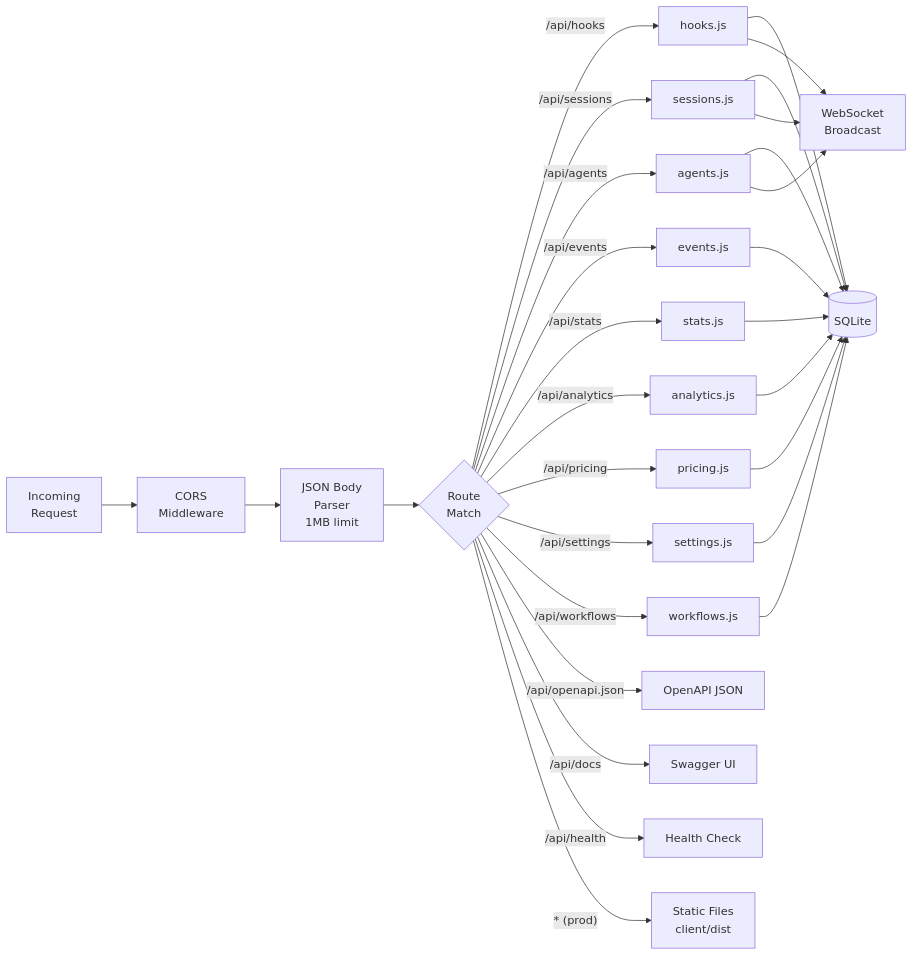
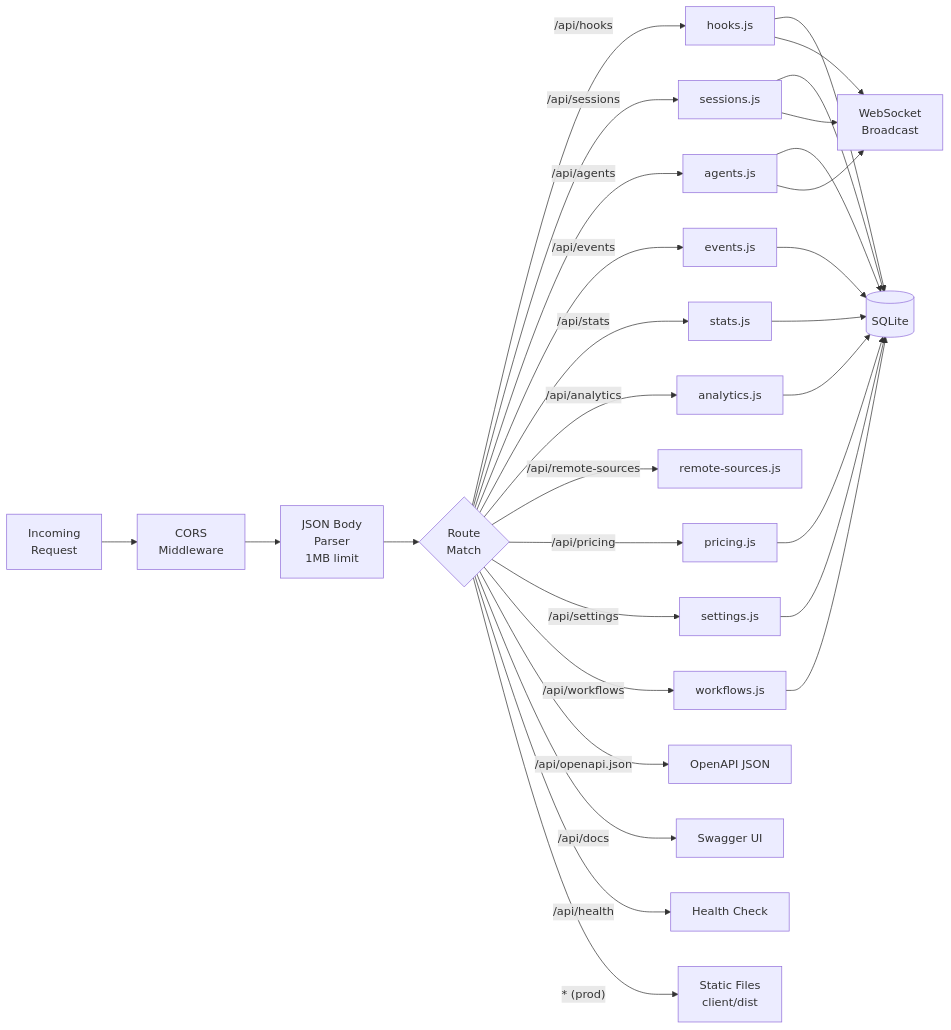
The sixth of 48 diagrams in ARCHITECTURE.md (hoangsonww/Claude-Code-Agent-Monitor), drawn with Mermaid before and after one commit. The commit also changed other lines of this file and 43 other files, not shown here.

````diff
--- a/ARCHITECTURE.md
+++ b/ARCHITECTURE.md
@@ -397,33 +401,34 @@
 ```mermaid
 flowchart LR
     REQ[Incoming<br/>Request] --> CORS[CORS<br/>Middleware]
     CORS --> JSON[JSON Body<br/>Parser<br/>1MB limit]
     JSON --> ROUTER{Route<br/>Match}
     ROUTER -->|/api/hooks| HOOKS[hooks.js]
     ROUTER -->|/api/sessions| SESSIONS[sessions.js]
     ROUTER -->|/api/agents| AGENTS[agents.js]
     ROUTER -->|/api/events| EVENTS[events.js]
     ROUTER -->|/api/stats| STATS[stats.js]
     ROUTER -->|/api/analytics| ANALYTICS[analytics.js]
+    ROUTER -->|/api/remote-sources| REMOTE[remote-sources.js]
     ROUTER -->|/api/pricing| PRICING[pricing.js]
     ROUTER -->|/api/settings| SETTINGS[settings.js]
     ROUTER -->|/api/workflows| WORKFLOWS[workflows.js]
     ROUTER -->|/api/openapi.json| OPENAPI[OpenAPI JSON]
     ROUTER -->|/api/docs| SWAGGER[Swagger UI]
     ROUTER -->|/api/health| HEALTH[Health Check]
     ROUTER -->|"* (prod)"| STATIC[Static Files<br/>client/dist]
 
     HOOKS --> DB[(SQLite)]
     SESSIONS --> DB
     AGENTS --> DB
     EVENTS --> DB
     STATS --> DB
     ANALYTICS --> DB
     PRICING --> DB
     SETTINGS --> DB
     WORKFLOWS --> DB
 
     HOOKS --> WS[WebSocket<br/>Broadcast]
     SESSIONS --> WS
     AGENTS --> WS
 ```
````
